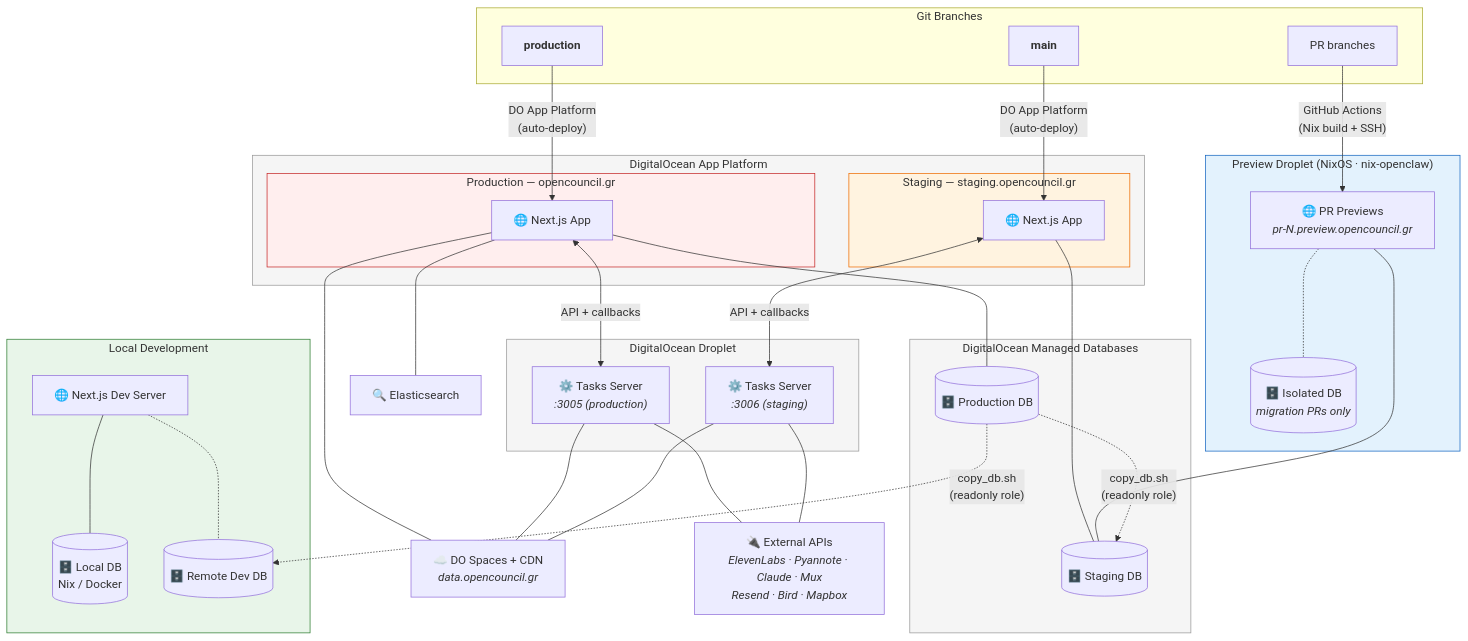
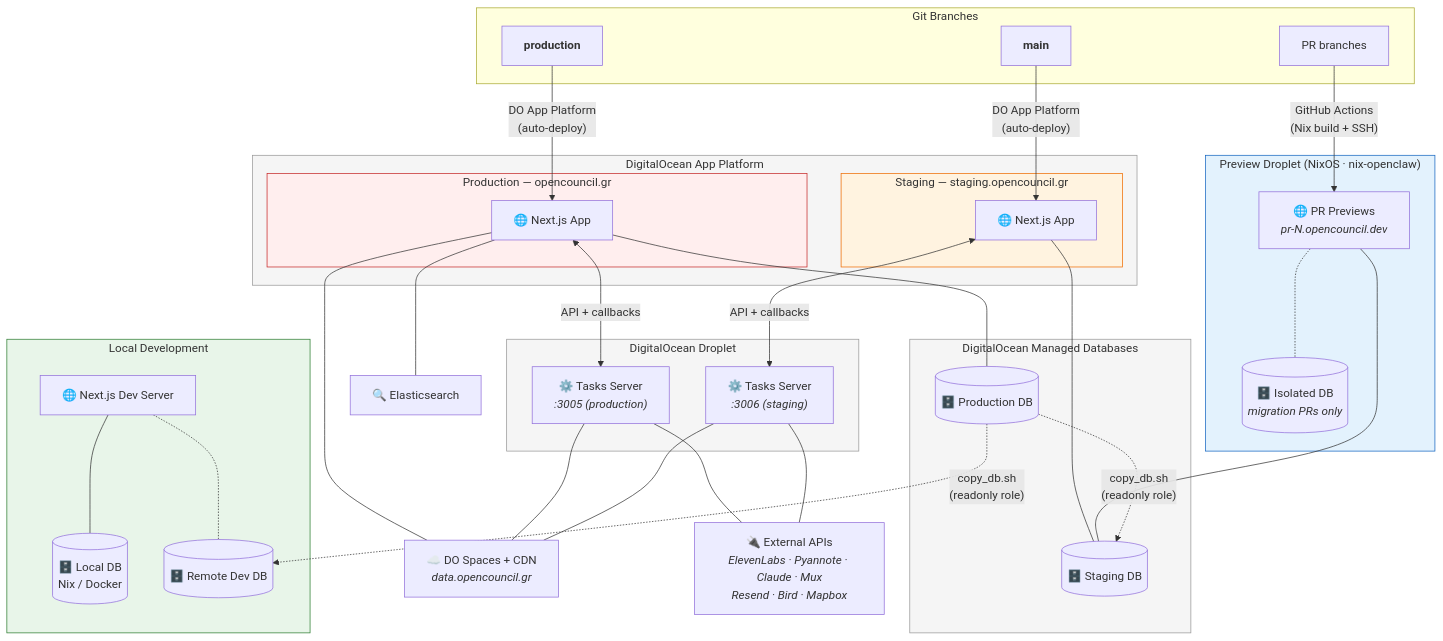
Before and after one commit to schemalabz/opencouncil: the diagram in docs/infrastructure.md, drawn with Mermaid. The commit also changed other lines of this file and 12 other files, not shown here.

First line of the commit message:
chore(preview): move PR previews to opencouncil.dev

````diff
--- a/docs/infrastructure.md
+++ b/docs/infrastructure.md
@@ -7,74 +7,74 @@
 ```mermaid
 graph TB
     subgraph branches ["Git Branches"]
         B_prod["<b>production</b>"]
         B_main["<b>main</b>"]
         B_pr["PR branches"]
     end
 
     subgraph do_app_platform ["DigitalOcean App Platform"]
         subgraph prod ["Production — opencouncil.gr"]
             app_prod["🌐 Next.js App"]
         end
         subgraph staging ["Staging — staging.opencouncil.gr"]
             app_staging["🌐 Next.js App"]
         end
     end
 
     subgraph do_droplet ["DigitalOcean Droplet"]
         tasks_prod["⚙️ Tasks Server<br/><i>:3005 (production)</i>"]
         tasks_staging["⚙️ Tasks Server<br/><i>:3006 (staging)</i>"]
     end
 
     subgraph do_managed_db ["DigitalOcean Managed Databases"]
         db_prod[("🗄️ Production DB")]
         db_staging[("🗄️ Staging DB")]
     end
 
     subgraph preview_droplet ["Preview Droplet (NixOS · nix-openclaw)"]
-        app_preview["🌐 PR Previews<br/><i>pr-N.preview.opencouncil.gr</i>"]
+        app_preview["🌐 PR Previews<br/><i>pr-N.opencouncil.dev</i>"]
         db_preview[("🗄️ Isolated DB<br/><i>migration PRs only</i>")]
     end
 
     subgraph local ["Local Development"]
         app_local["🌐 Next.js Dev Server"]
         db_local[("🗄️ Local DB<br/>Nix / Docker")]
         db_dev[("🗄️ Remote Dev DB")]
     end
 
     es["🔍 Elasticsearch"]
     spaces["☁️ DO Spaces + CDN<br/><i>data.opencouncil.gr</i>"]
     external["🔌 External APIs<br/><i>ElevenLabs · Pyannote · Claude · Mux<br/>Resend · Bird · Mapbox</i>"]
 
     B_prod -->|"DO App Platform<br/>(auto-deploy)"| app_prod
     B_main -->|"DO App Platform<br/>(auto-deploy)"| app_staging
     B_pr -->|"GitHub Actions<br/>(Nix build + SSH)"| app_preview
 
     app_prod --- db_prod
     app_prod --- es
     app_prod --- spaces
     app_prod <-->|"API + callbacks"| tasks_prod
     tasks_prod --- spaces
     tasks_prod --- external
 
     app_staging --- db_staging
     app_staging <-->|"API + callbacks"| tasks_staging
     tasks_staging --- spaces
     tasks_staging --- external
     app_preview --- db_staging
     app_preview -.- db_preview
 
     app_local --- db_local
     app_local -.- db_dev
 
     db_prod -. "copy_db.sh<br/>(readonly role)" .-> db_staging
     db_prod -. "copy_db.sh<br/>(readonly role)" .-> db_dev
 
     style do_app_platform fill:#f5f5f5,stroke:#999,color:#333
     style prod fill:#fee,stroke:#c62828,color:#333
     style staging fill:#fff3e0,stroke:#ef6c00,color:#333
     style do_droplet fill:#f5f5f5,stroke:#999,color:#333
     style do_managed_db fill:#f5f5f5,stroke:#999,color:#333
     style preview_droplet fill:#e3f2fd,stroke:#1565c0,color:#333
     style local fill:#e8f5e9,stroke:#2e7d32,color:#333
 ```
````
